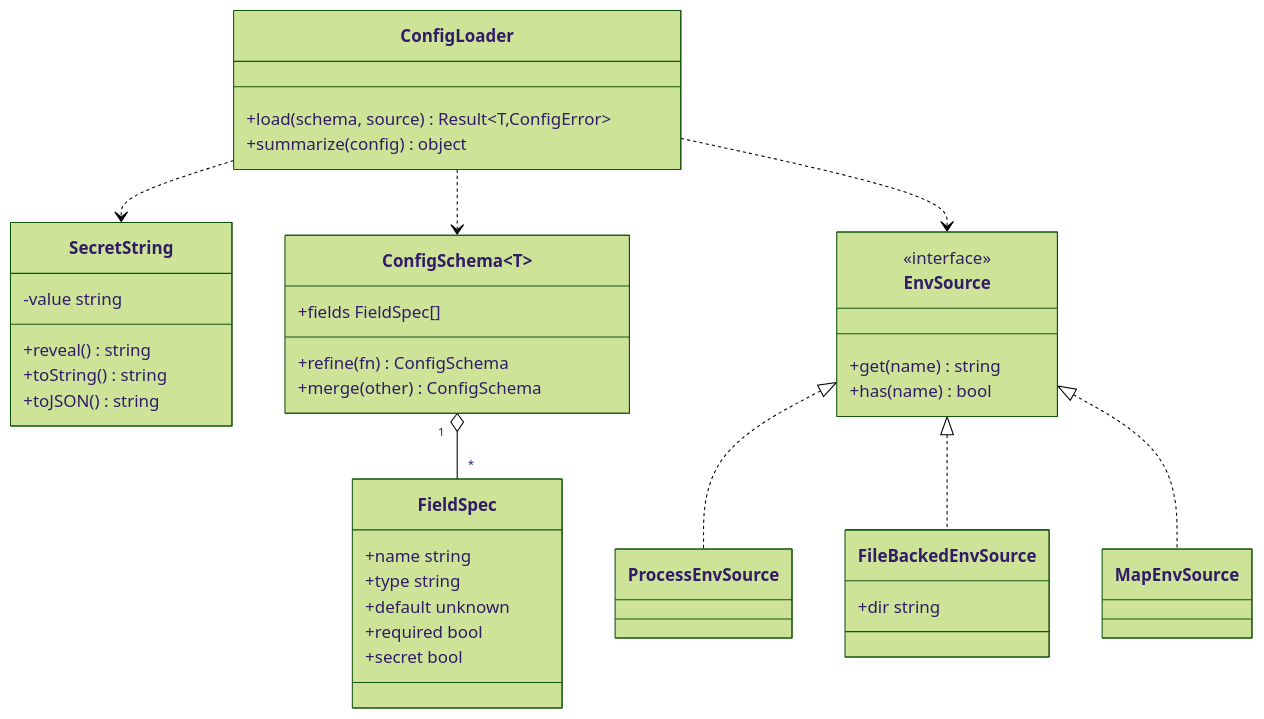
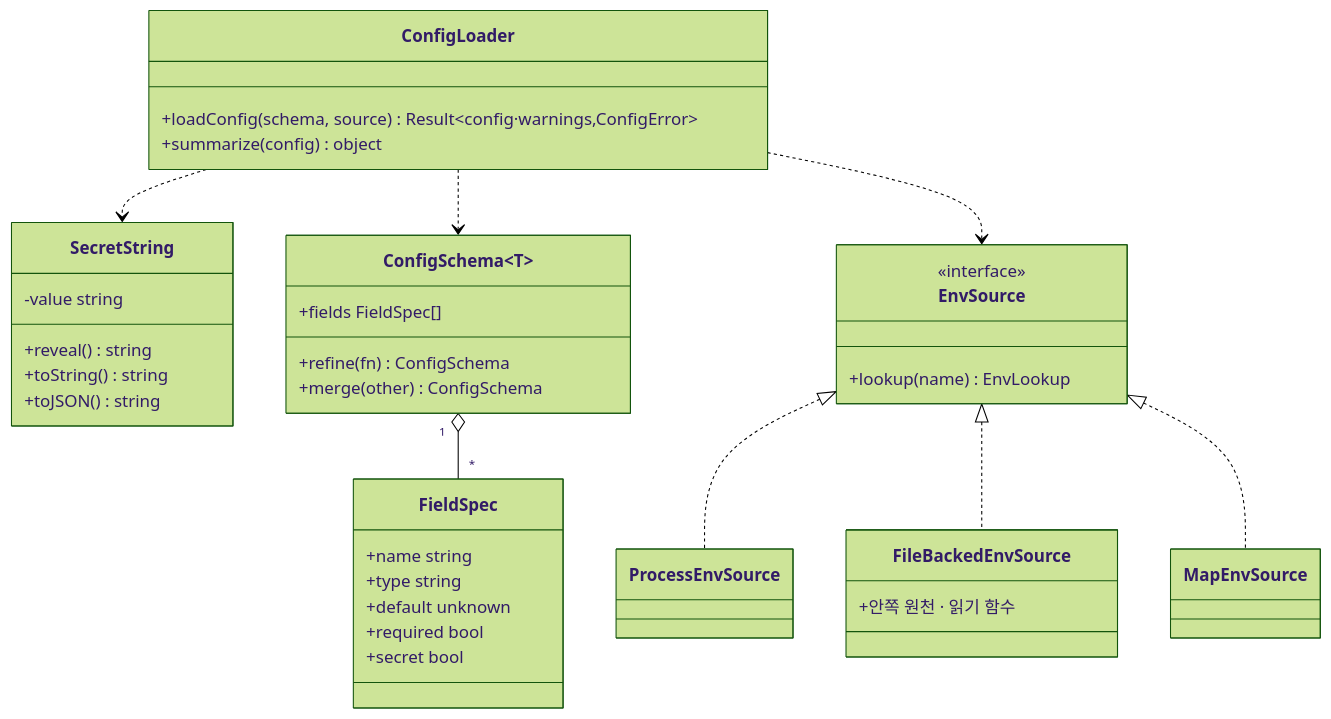
Before and after one commit to 1985jwlee/portpolio_backend: the fourth of 33 diagrams in docs/design/features/16-cross-cutting.md, drawn with Mermaid (forest theme). The commit also changed other lines of this file and 29 other files, not shown here.

````diff
--- a/docs/design/features/16-cross-cutting.md
+++ b/docs/design/features/16-cross-cutting.md
@@ -242,42 +242,41 @@
 ```mermaid
 classDiagram
     class SecretString {
         -value string
         +reveal() string
         +toString() string
         +toJSON() string
     }
     class FieldSpec {
         +name string
         +type string
         +default unknown
         +required bool
         +secret bool
     }
     class ConfigSchema~T~ {
         +fields FieldSpec[]
         +refine(fn) ConfigSchema
         +merge(other) ConfigSchema
     }
     class EnvSource {
         <<interface>>
-        +get(name) string
-        +has(name) bool
+        +lookup(name) EnvLookup
     }
     class ProcessEnvSource
     class FileBackedEnvSource {
-        +dir string
+        +안쪽 원천 · 읽기 함수
     }
     class MapEnvSource
     EnvSource <|.. ProcessEnvSource
     EnvSource <|.. FileBackedEnvSource
     EnvSource <|.. MapEnvSource
     class ConfigLoader {
-        +load(schema, source) Result~T,ConfigError~
+        +loadConfig(schema, source) Result~config·warnings,ConfigError~
         +summarize(config) object
     }
     ConfigLoader ..> ConfigSchema
     ConfigLoader ..> EnvSource
     ConfigSchema "1" o-- "*" FieldSpec
     ConfigLoader ..> SecretString
 ```
````
